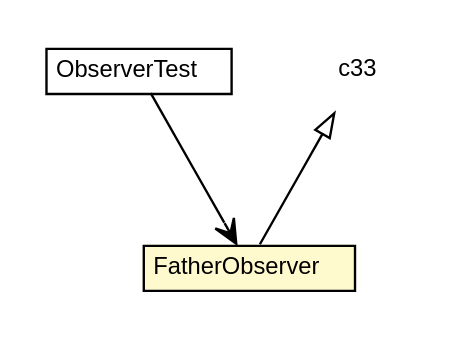
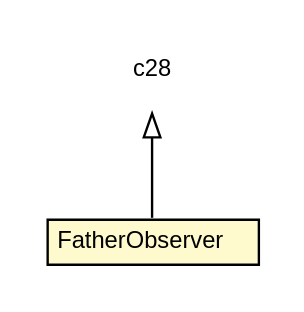
One commit to dayatang/dddlib changed the diagram in dddlib-observer/testapidocs/org/dayatang/observer/domain/FatherObserver.dot. Above: the diagram before and after it, drawn with Graphviz. The commit also changed 113 other files, not shown here.

```diff
--- a/dddlib-observer/testapidocs/org/dayatang/observer/domain/FatherObserver.dot
+++ b/dddlib-observer/testapidocs/org/dayatang/observer/domain/FatherObserver.dot
@@ -1,28 +1,20 @@
 #!/usr/local/bin/dot
 #
 # Class diagram 
 # Generated by UMLGraph version R5_6_6-8-g8d7759 (http://www.umlgraph.org/)
 #
 
 digraph G {
 	edge [fontname="Helvetica",fontsize=10,labelfontname="Helvetica",labelfontsize=10];
 	node [fontname="Helvetica",fontsize=10,shape=plaintext];
 	nodesep=0.25;
 	ranksep=0.5;
-	// org.dayatang.observer.domain.ObserverTest
-	c28 [label=<<table title="org.dayatang.observer.domain.ObserverTest" border="0" cellborder="1" cellspacing="0" cellpadding="2" port="p" href="./ObserverTest.html">
-		<tr><td><table border="0" cellspacing="0" cellpadding="1">
-<tr><td align="center" balign="center"> ObserverTest </td></tr>
-		</table></td></tr>
-		</table>>, URL="./ObserverTest.html", fontname="Helvetica", fontcolor="black", fontsize=10.0];
 	// org.dayatang.observer.domain.FatherObserver
-	c30 [label=<<table title="org.dayatang.observer.domain.FatherObserver" border="0" cellborder="1" cellspacing="0" cellpadding="2" port="p" bgcolor="lemonChiffon" href="./FatherObserver.html">
+	c25 [label=<<table title="org.dayatang.observer.domain.FatherObserver" border="0" cellborder="1" cellspacing="0" cellpadding="2" port="p" bgcolor="lemonChiffon" href="./FatherObserver.html">
 		<tr><td><table border="0" cellspacing="0" cellpadding="1">
 <tr><td align="center" balign="center"> FatherObserver </td></tr>
 		</table></td></tr>
 		</table>>, URL="./FatherObserver.html", fontname="Helvetica", fontcolor="black", fontsize=10.0];
 	//org.dayatang.observer.domain.FatherObserver extends <any>
-	c33:p -> c30:p [dir=back,arrowtail=empty];
-	// org.dayatang.observer.domain.ObserverTest NAVASSOC org.dayatang.observer.domain.FatherObserver
-	c28:p -> c30:p [taillabel="", label=" "headlabel="", fontname="Helvetica", fontcolor="black", fontsize=10.0, color="black", arrowhead=open];
+	c28:p -> c25:p [dir=back,arrowtail=empty];
 }
```
